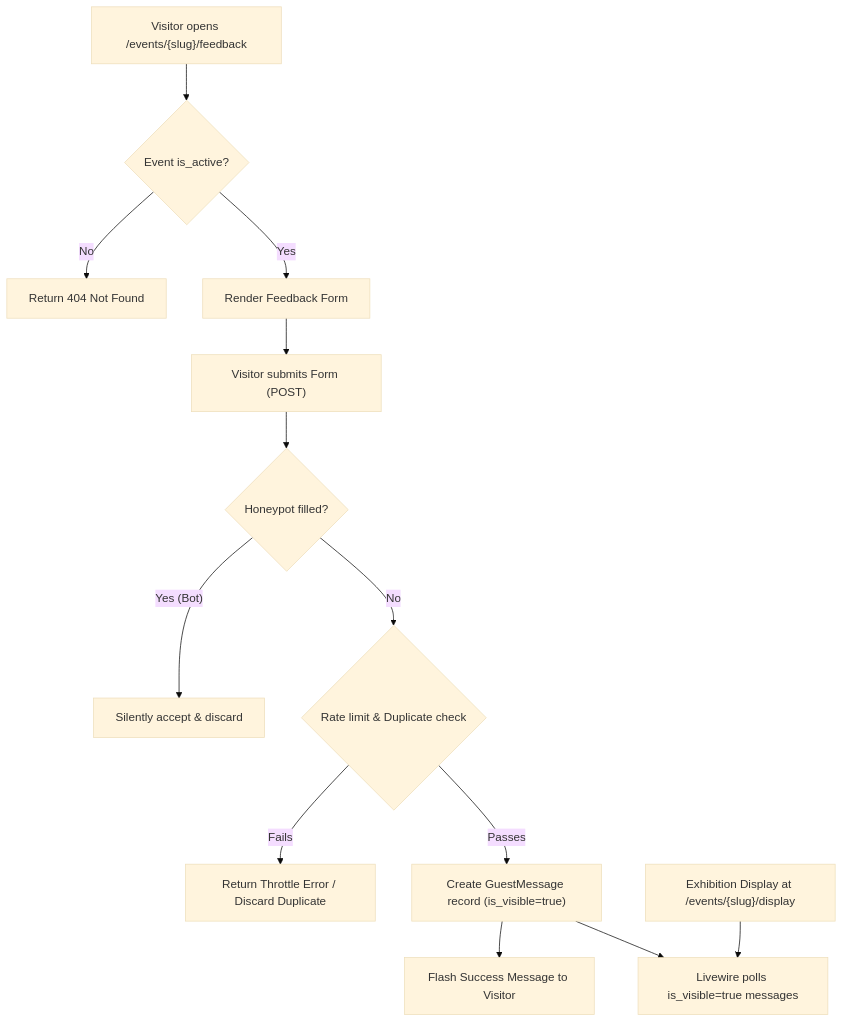
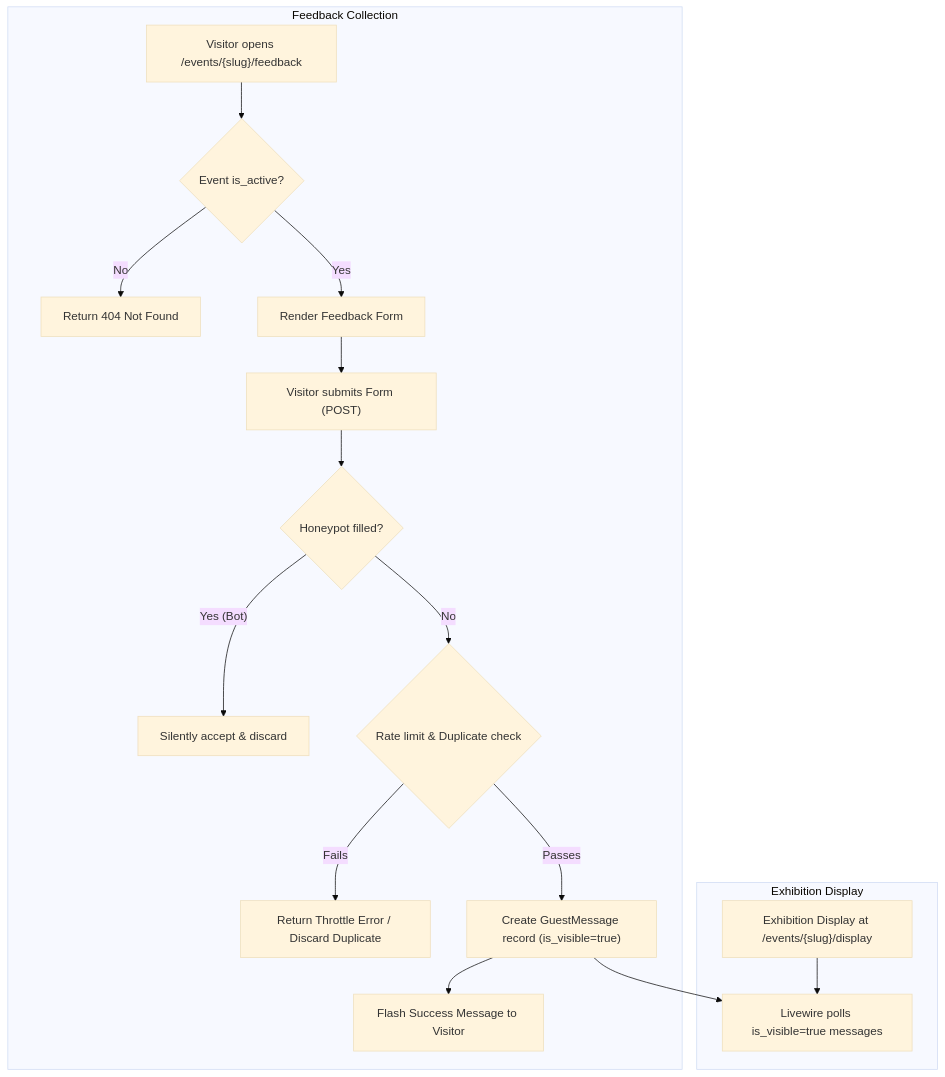
The fourth of 5 diagrams in docs/PRD.md (Madeena-software/madeena-company-profile), drawn with Mermaid (base theme) before and after one commit. The commit also changed other lines of this file and 2 other files, not shown here.

````diff
--- a/docs/PRD.md
+++ b/docs/PRD.md
@@ -255,17 +258,21 @@
 ```mermaid
 flowchart TD
-    A["Visitor opens /events/{slug}/feedback"] --> B{"Event is_active?"}
-    B -- No --> C["Return 404 Not Found"]
-    B -- Yes --> D["Render Feedback Form"]
+    subgraph Feedback Collection
+        A["Visitor opens /events/{slug}/feedback"] --> B{"Event is_active?"}
+        B -- No --> C["Return 404 Not Found"]
+        B -- Yes --> D["Render Feedback Form"]
 
-    D --> E["Visitor submits Form (POST)"]
-    E --> F{"Honeypot filled?"}
-    F -- Yes (Bot) --> G["Silently accept & discard"]
-    F -- No --> H{"Rate limit & Duplicate check"}
-    H -- Fails --> I["Return Throttle Error / Discard Duplicate"]
-    H -- Passes --> J["Create GuestMessage record (is_visible=true)"]
-    J --> K["Flash Success Message to Visitor"]
+        D --> E["Visitor submits Form (POST)"]
+        E --> F{"Honeypot filled?"}
+        F -- Yes (Bot) --> G["Silently accept & discard"]
+        F -- No --> H{"Rate limit & Duplicate check"}
+        H -- Fails --> I["Return Throttle Error / Discard Duplicate"]
+        H -- Passes --> J["Create GuestMessage record (is_visible=true)"]
+        J --> K["Flash Success Message to Visitor"]
+    end
 
-    L["Exhibition Display at /events/{slug}/display"] --> M["Livewire polls is_visible=true messages"]
-    J --> M
+    subgraph Exhibition Display
+        L["Exhibition Display at /events/{slug}/display"] --> M["Livewire polls is_visible=true messages"]
+        J --> M
+    end
 ```
````
